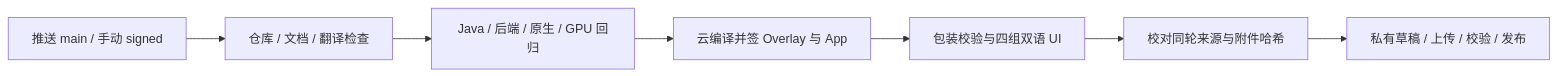
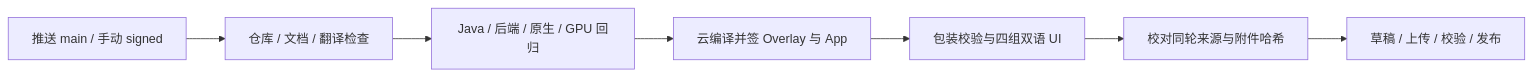
One commit to liuqianhe/InkControl changed the diagram in docs/wiki/build-and-release.md. Above: the diagram before and after it, drawn with Mermaid. The commit also changed other lines of this file and 21 other files, not shown here.

````diff
--- a/docs/wiki/build-and-release.md
+++ b/docs/wiki/build-and-release.md
@@ -7,9 +7,9 @@
 ```mermaid
 flowchart LR
   A[推送 main / 手动 signed] --> B[仓库 / 文档 / 翻译检查]
   B --> C[Java / 后端 / 原生 / GPU 回归]
   C --> D[云编译并签 Overlay 与 App]
   D --> E[包装校验与四组双语 UI]
   E --> F[校对同轮来源与附件哈希]
-  F --> G[私有草稿 / 上传 / 校验 / 发布]
+  F --> G[草稿 / 上传 / 校验 / 发布]
 ```
````
